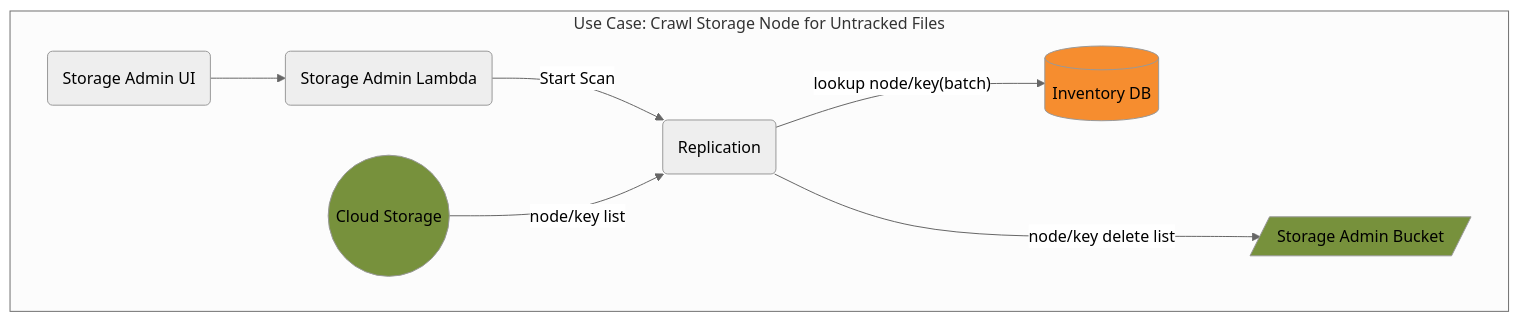
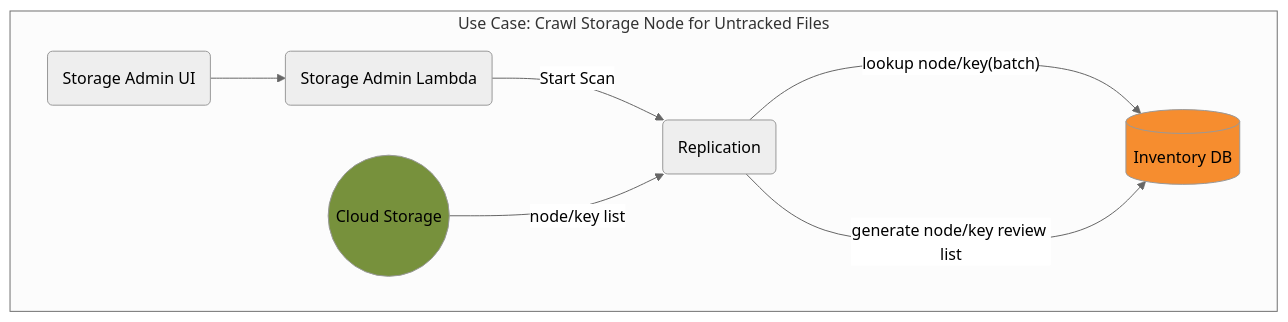
Before and after one commit to CDLUC3/mrt-doc: the diagram in diagrams/store-admin-scan-node.mmd, drawn with Mermaid. The commit also changed 16 other files, not shown here.

Commit message:
Update diagrams and table details

```diff
--- a/diagrams/store-admin-scan-node.mmd
+++ b/diagrams/store-admin-scan-node.mmd
@@ -1,20 +1,18 @@
 %%{init: {'theme': 'neutral', 'securityLevel': 'loose'}}%%
 graph TD
   SAUI("Storage Admin UI")
   SA("Storage Admin Lambda")
   REPLIC("Replication")
   RDS[(Inventory DB)]
-  SABUCK[/"Storage Admin Bucket"/]
   CLOUD(("Cloud Storage"))
 
   subgraph "Use Case: Crawl Storage Node for Untracked Files"
     SAUI-->SA
     SA-->|"Start Scan"|REPLIC
     CLOUD-->|"node/key list"|REPLIC
     REPLIC-->|"lookup node/key(batch)"|RDS
-    REPLIC--->|"node/key delete list"|SABUCK
+    REPLIC--->|"generate node/key review list"|RDS
   end
 
   style RDS fill:#F68D2F
-  style SABUCK fill:#77913C
   style CLOUD fill:#77913C
```
